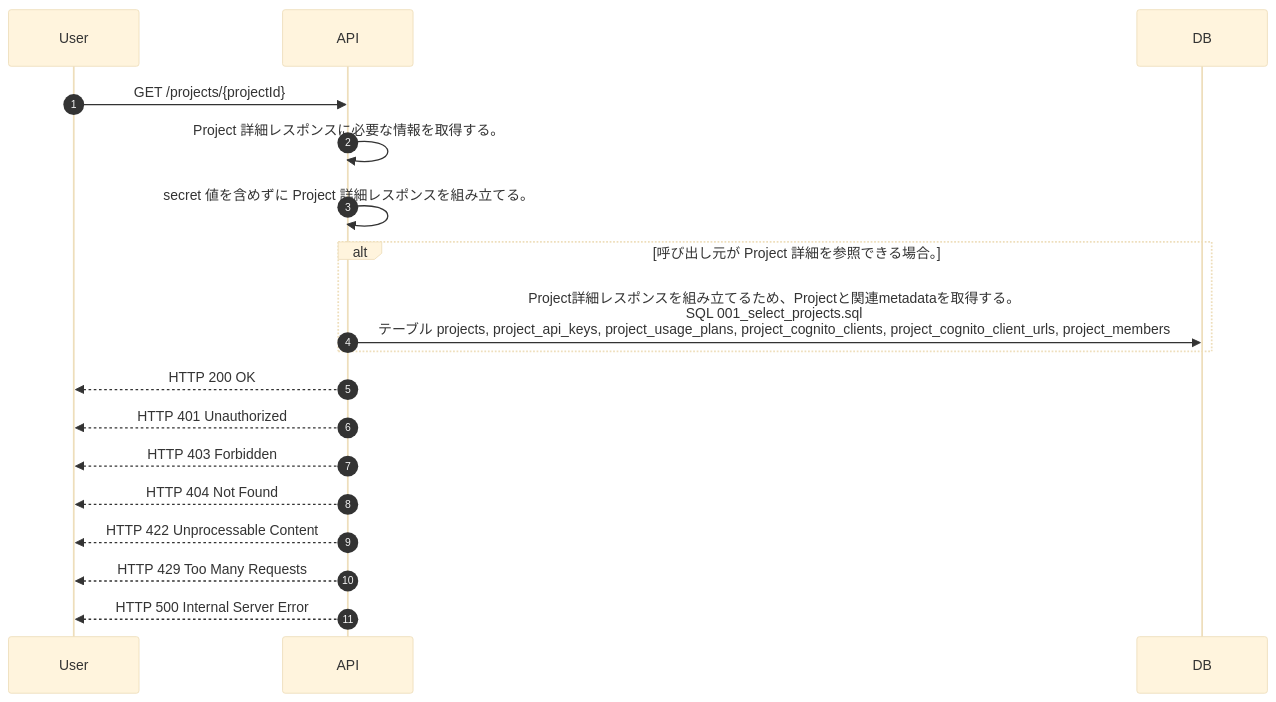
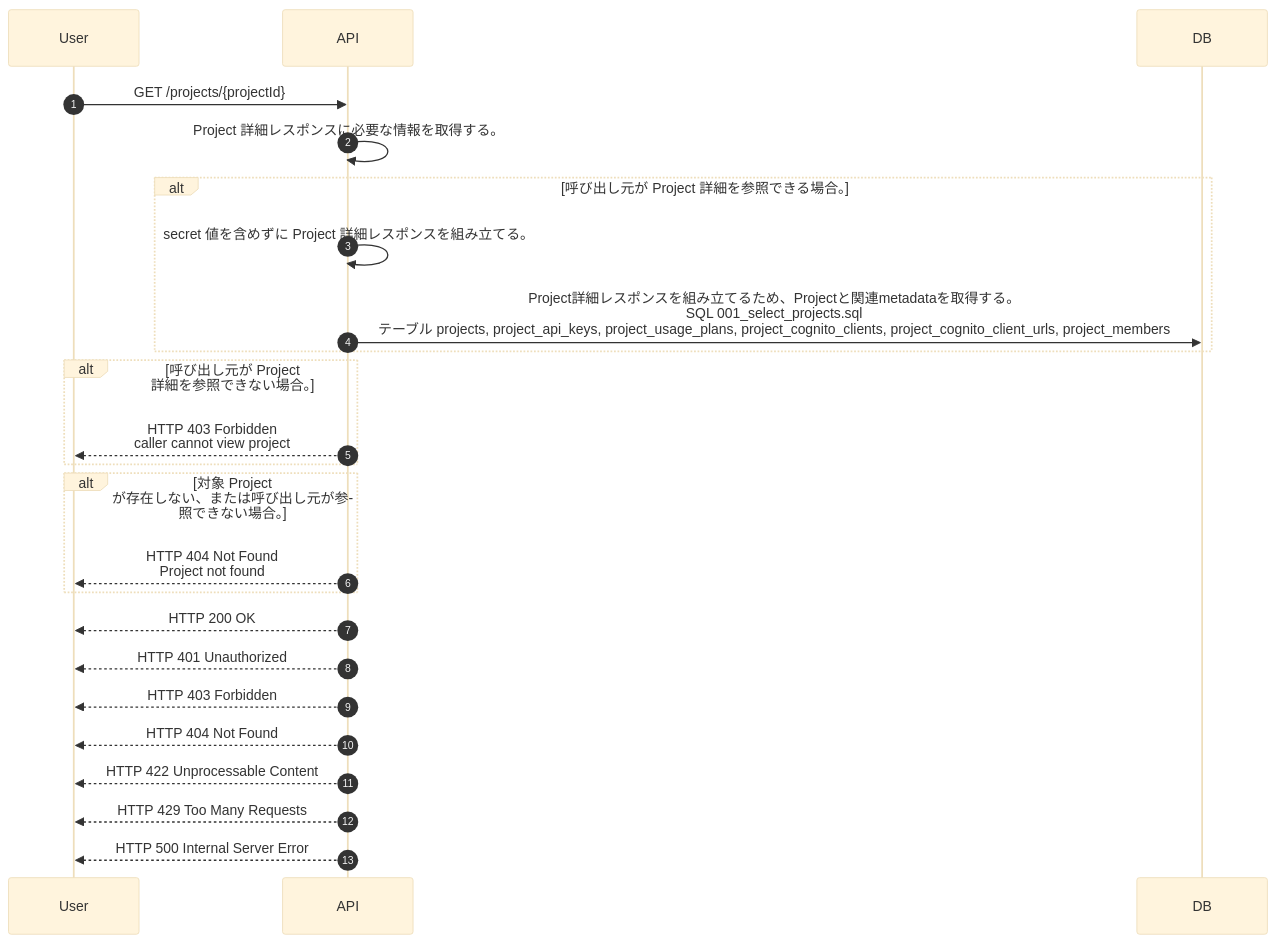
Before and after one commit to tsuji-tomonori/lazunex: the diagram in docs/spec/40.apis/projects/get_project/sequence_gen.md, drawn with Mermaid (base theme). The commit also changed 46 other files, not shown here.

````diff
--- a/docs/spec/40.apis/projects/get_project/sequence_gen.md
+++ b/docs/spec/40.apis/projects/get_project/sequence_gen.md
@@ -5,20 +5,26 @@
 ```mermaid
 sequenceDiagram
   autonumber
   participant User as User
   participant API as API
   participant DB as DB
   User->>API: GET /projects/{projectId}
   API->>API: Project 詳細レスポンスに必要な情報を取得する。
-  API->>API: secret 値を含めずに Project 詳細レスポンスを組み立てる。
   alt 呼び出し元が Project 詳細を参照できる場合。
+    API->>API: secret 値を含めずに Project 詳細レスポンスを組み立てる。
     API->>DB: Project詳細レスポンスを組み立てるため、Projectと関連metadataを取得する。<br/>SQL 001_select_projects.sql<br/>テーブル projects, project_api_keys, project_usage_plans, project_cognito_clients, project_cognito_client_urls, project_members
+  end
+  alt 呼び出し元が Project 詳細を参照できない場合。
+    API-->>User: HTTP 403 Forbidden<br/>caller cannot view project
+  end
+  alt 対象 Project が存在しない、または呼び出し元が参照できない場合。
+    API-->>User: HTTP 404 Not Found<br/>Project not found
   end
   API-->>User: HTTP 200 OK
   API-->>User: HTTP 401 Unauthorized
   API-->>User: HTTP 403 Forbidden
   API-->>User: HTTP 404 Not Found
   API-->>User: HTTP 422 Unprocessable Content
   API-->>User: HTTP 429 Too Many Requests
   API-->>User: HTTP 500 Internal Server Error
 ```
````
